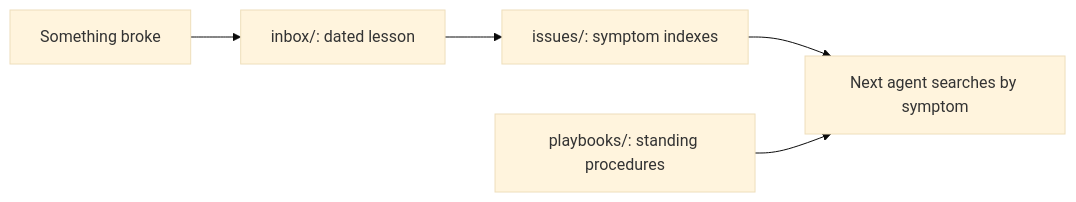
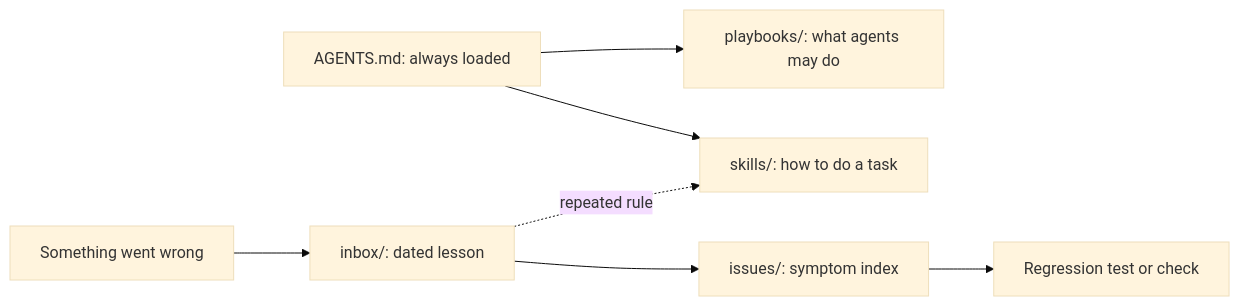
Before and after one commit to GraphDone/GraphDone-Core: the diagram in .agents/README.md, drawn with Mermaid (base theme). The commit also changed other lines of this file and 17 other files, not shown here.

````diff
--- a/.agents/README.md
+++ b/.agents/README.md
@@ -8,7 +9,9 @@
 ```mermaid
 flowchart LR
-  incident["Something broke"] --> lesson["inbox/: dated lesson"]
-  lesson --> index["issues/: symptom indexes"]
-  index --> agent["Next agent searches by symptom"]
-  playbook["playbooks/: standing procedures"] --> agent
+  agentsmd["AGENTS.md: always loaded"] --> skills["skills/: how to do a task"]
+  agentsmd --> playbooks["playbooks/: what agents may do"]
+  incident["Something went wrong"] --> lesson["inbox/: dated lesson"]
+  lesson --> index["issues/: symptom index"]
+  index --> test["Regression test or check"]
+  lesson -.repeated rule.-> skills
 ```
````
